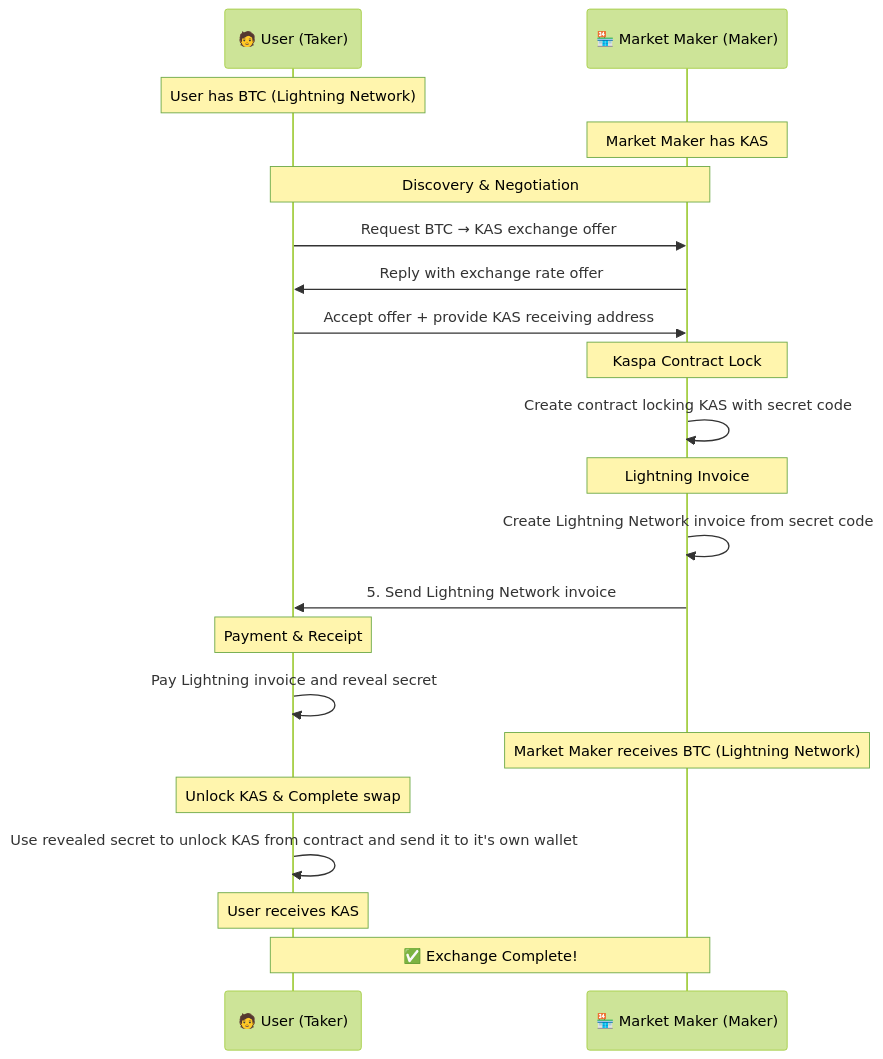
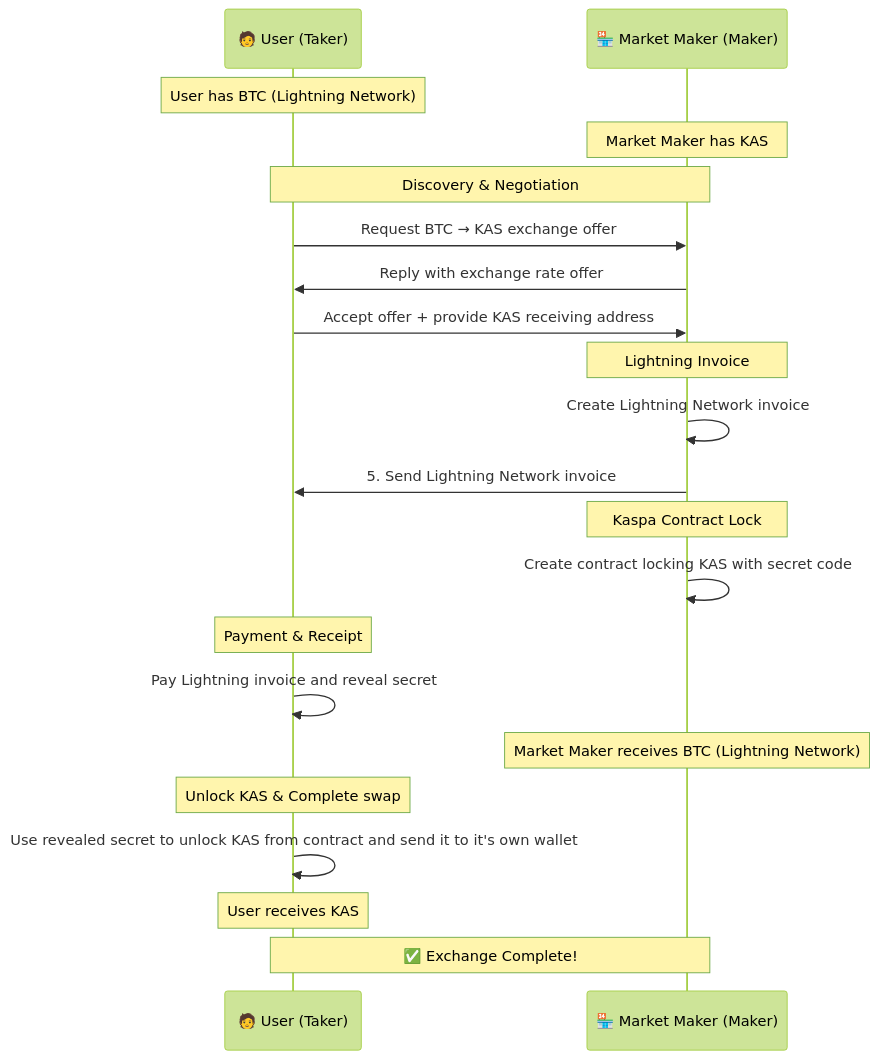
The diagram in README.md (LordStapy/satkas), drawn with Mermaid (forest theme) before and after one commit. The commit also changed other lines of this file and 2 other files, not shown here.

````diff
--- a/README.md
+++ b/README.md
@@ -70,33 +55,33 @@
 ```mermaid
 sequenceDiagram
     participant U as 🧑 User (Taker)
     participant M as 🏪 Market Maker (Maker)
     
     Note over U: User has BTC (Lightning Network)
     Note over M: Market Maker has KAS
 
     Note over U,M: Discovery & Negotiation
     U->>M: Request BTC → KAS exchange offer
     M->>U: Reply with exchange rate offer
     U->>M: Accept offer + provide KAS receiving address
 
+    Note over M: Lightning Invoice
+    M->>M: Create Lightning Network invoice
+    M->>U: 5. Send Lightning Network invoice
+
     Note over M: Kaspa Contract Lock
     M->>M: Create contract locking KAS with secret code
-
-    Note over M: Lightning Invoice
-    M->>M: Create Lightning Network invoice from secret code
-    M->>U: 5. Send Lightning Network invoice
 
     Note over U: Payment & Receipt
     U->>U: Pay Lightning invoice and reveal secret
 
     Note over M: Market Maker receives BTC (Lightning Network)
 
     Note over U: Unlock KAS & Complete swap
     U->>U: Use revealed secret to unlock KAS from contract and send it to it's own wallet
         
     Note over U: User receives KAS
 
     Note over U,M: ✅ Exchange Complete!
-    
+
 ```
````
